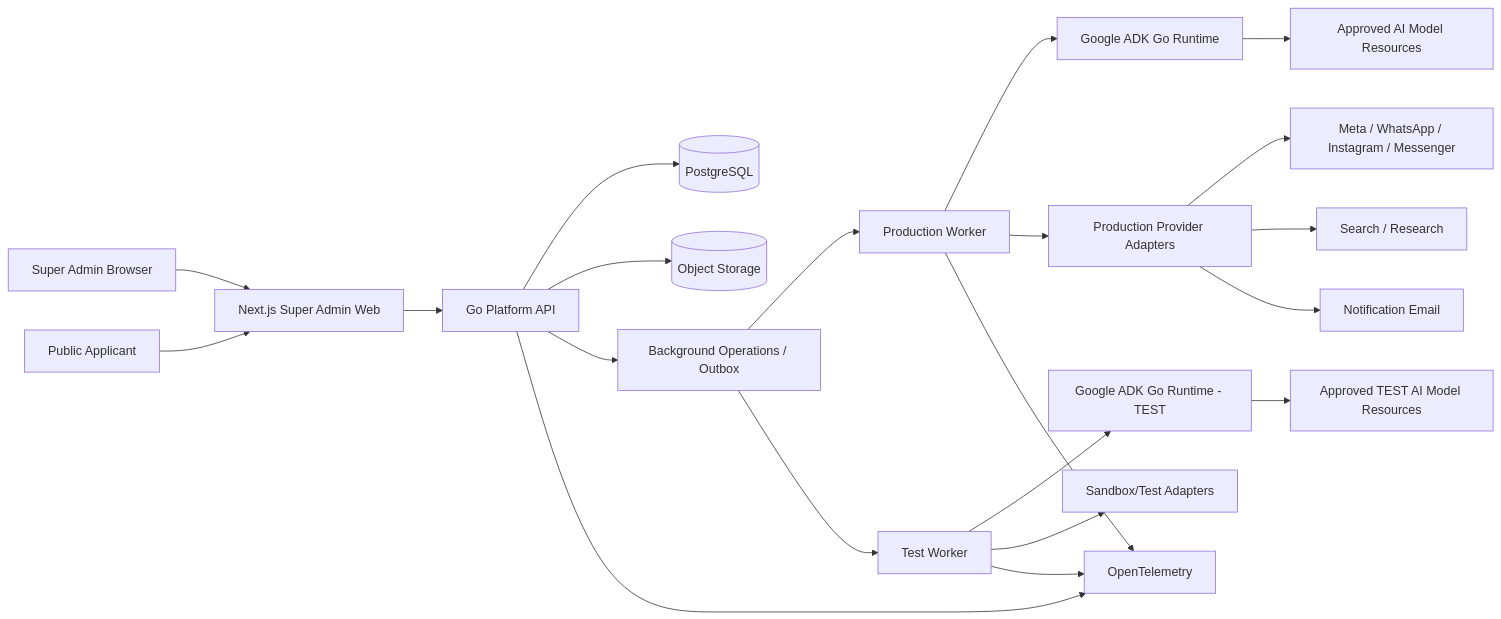
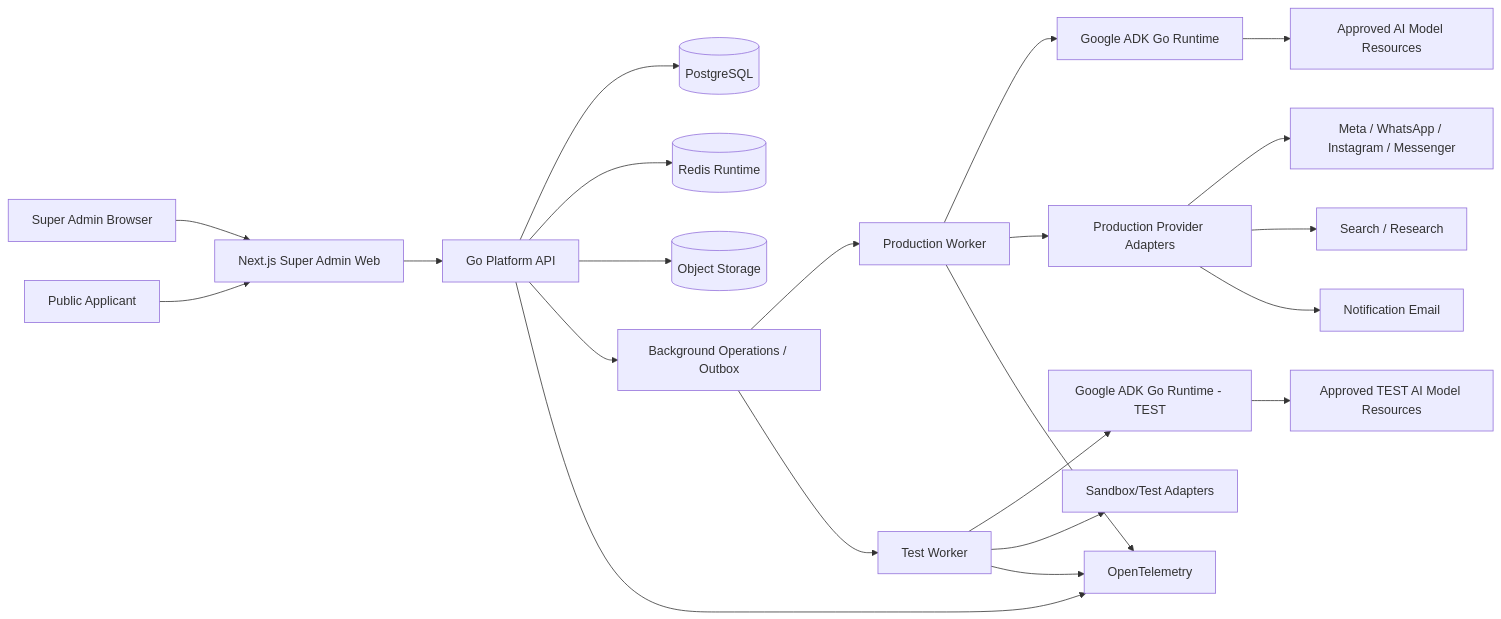
Before and after one commit to zeyadcoda/sales-agent-mvp-base: the diagram in docs/architecture/AI_Sales_Agent_Technical_Architecture_v1.0.md, drawn with Mermaid. The commit also changed other lines of this file and 11 other files, not shown here.

Commit message:
feat: add Redis runtime readiness foundation

````diff
--- a/docs/architecture/AI_Sales_Agent_Technical_Architecture_v1.0.md
+++ b/docs/architecture/AI_Sales_Agent_Technical_Architecture_v1.0.md
@@ -151,30 +154,31 @@
 ```mermaid
 flowchart LR
     SA[Super Admin Browser] --> WEB[Next.js Super Admin Web]
     PUB[Public Applicant] --> WEB
     WEB --> API[Go Platform API]
 
     API --> PG[(PostgreSQL)]
+    API --> REDIS[(Redis Runtime)]
     API --> OBJ[(Object Storage)]
     API --> OPS[Background Operations / Outbox]
 
     OPS --> PW[Production Worker]
     OPS --> TW[Test Worker]
 
     PW --> ADK[Google ADK Go Runtime]
     TW --> ADKT[Google ADK Go Runtime - TEST]
 
     PW --> LIVE[Production Provider Adapters]
     TW --> SANDBOX[Sandbox/Test Adapters]
 
     ADK --> MODELS[Approved AI Model Resources]
     ADKT --> TESTMODELS[Approved TEST AI Model Resources]
 
     LIVE --> META[Meta / WhatsApp / Instagram / Messenger]
     LIVE --> SEARCH[Search / Research]
     LIVE --> EMAIL[Notification Email]
 
     API --> OTEL[OpenTelemetry]
     PW --> OTEL
     TW --> OTEL
 ```
````
